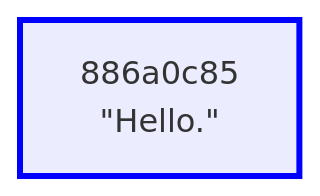
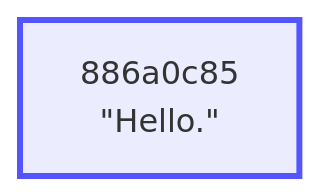
The first of 12 diagrams in Docs/04-MERMAID-OUTPUT.md (BlockchainCommons/BCSwiftSecureComponents), drawn with Mermaid before and after one commit. The commit also changed other lines of this file and 1 other file, not shown here.

Commit message:
Refined blue for Mermaid output.

````diff
--- a/Docs/04-MERMAID-OUTPUT.md
+++ b/Docs/04-MERMAID-OUTPUT.md
@@ -38,5 +38,5 @@
 ```mermaid
 graph LR
     1["886a0c85<br/>#quot;Hello.#quot;"]
-    style 1 stroke:blue,stroke-width:3.0px
+    style 1 stroke:#55f,stroke-width:3.0px
 ```
````
